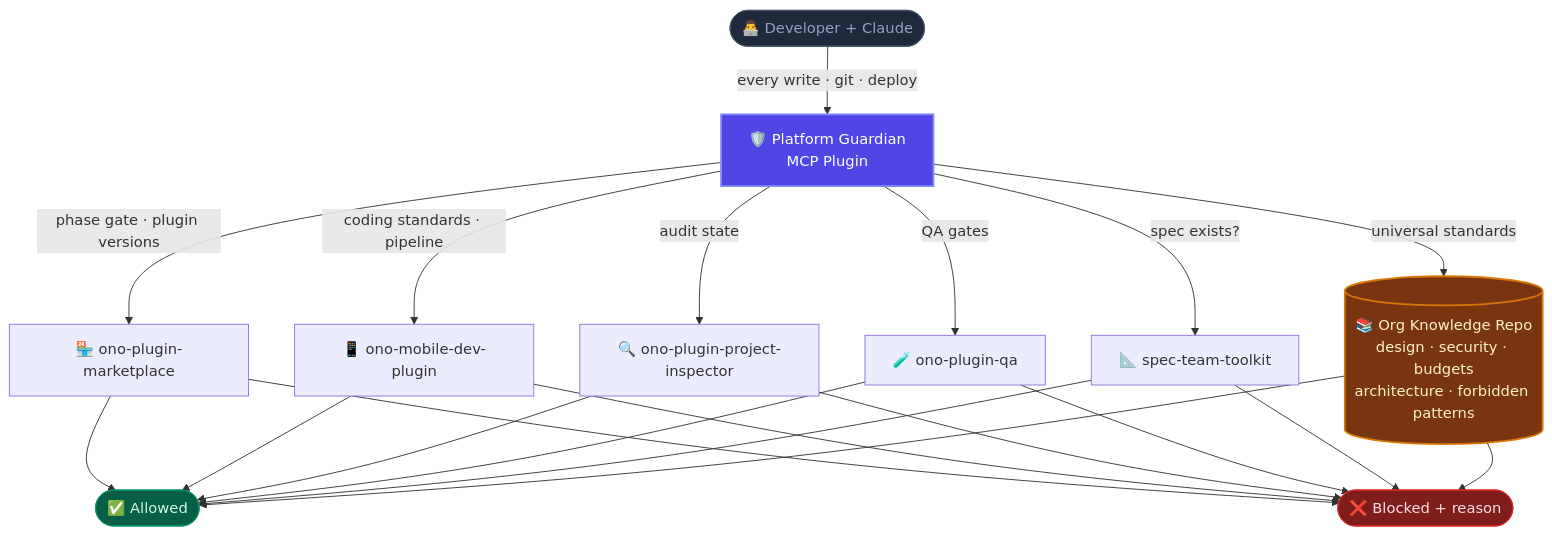
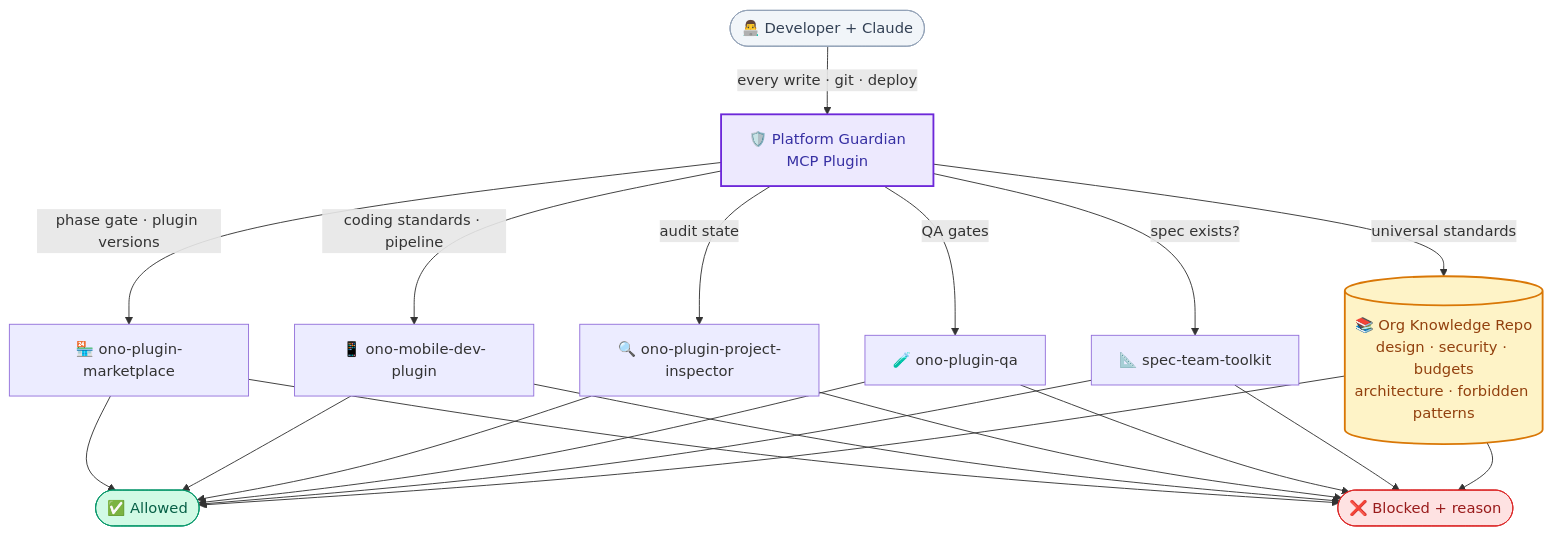
Before and after one commit to OnOAppsDev/OnO-platform-guardian: the diagram in README.md, drawn with Mermaid. The commit also changed 1 other file, not shown here.

Commit message:
Switch GIF and Mermaid to light theme — white background, dark readable text
GIF: pure white background, light gray pending circles, colored active/done
circles — fully readable on GitHub's white README background.
Mermaid: light pastel fills with dark text, visible on any light background.

````diff
--- a/README.md
+++ b/README.md
@@ -64,24 +64,24 @@
 ```mermaid
 flowchart TD
     DEV([👨‍💻 Developer + Claude]) -->|every write · git · deploy| PG
 
     PG[🛡️ Platform Guardian\nMCP Plugin]
 
     PG -->|phase gate · plugin versions| MKT[🏪 ono-plugin-marketplace]
     PG -->|coding standards · pipeline| MP[📱 ono-mobile-dev-plugin]
     PG -->|audit state| PI[🔍 ono-plugin-project-inspector]
     PG -->|QA gates| QA[🧪 ono-plugin-qa]
     PG -->|spec exists?| ST[📐 spec-team-toolkit]
     PG -->|universal standards| ORG[(📚 Org Knowledge Repo\ndesign · security · budgets\narchitecture · forbidden patterns)]
 
     MKT & MP & PI & QA & ST --> ALLOW([✅ Allowed])
     MKT & MP & PI & QA & ST --> BLOCK([❌ Blocked + reason])
     ORG --> ALLOW
     ORG --> BLOCK
 
-    style PG fill:#4f46e5,color:#fff,stroke:#818cf8,stroke-width:2px
-    style ORG fill:#78350f,color:#fef3c7,stroke:#d97706,stroke-width:2px
-    style ALLOW fill:#065f46,color:#d1fae5,stroke:#059669
-    style BLOCK fill:#7f1d1d,color:#fee2e2,stroke:#dc2626
-    style DEV fill:#1e293b,color:#94a3b8,stroke:#475569
+    style PG fill:#ede9fe,color:#3730a3,stroke:#6d28d9,stroke-width:2px
+    style ORG fill:#fef3c7,color:#92400e,stroke:#d97706,stroke-width:2px
+    style ALLOW fill:#d1fae5,color:#065f46,stroke:#059669
+    style BLOCK fill:#fee2e2,color:#991b1b,stroke:#dc2626
+    style DEV fill:#f1f5f9,color:#334155,stroke:#94a3b8
 ```
````
